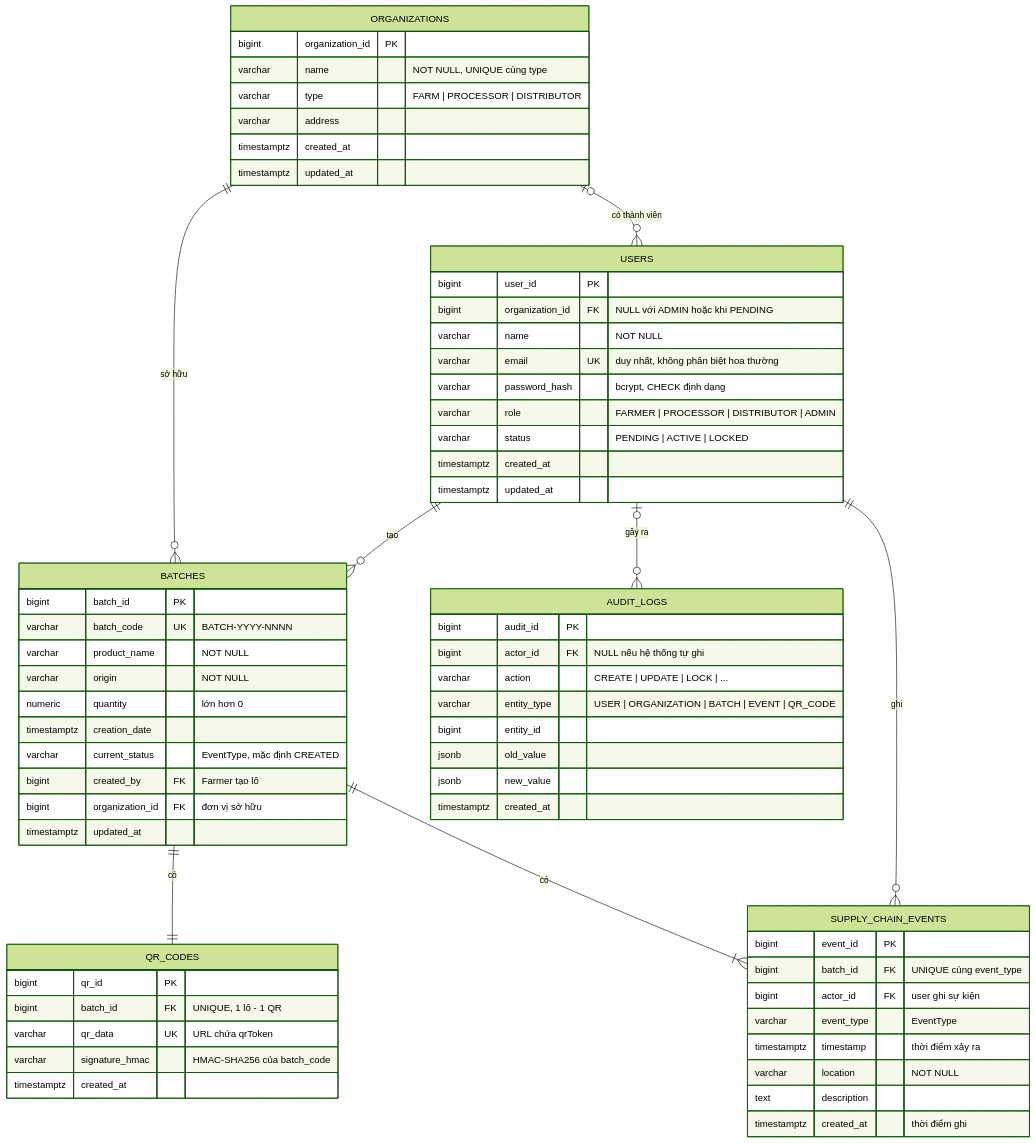
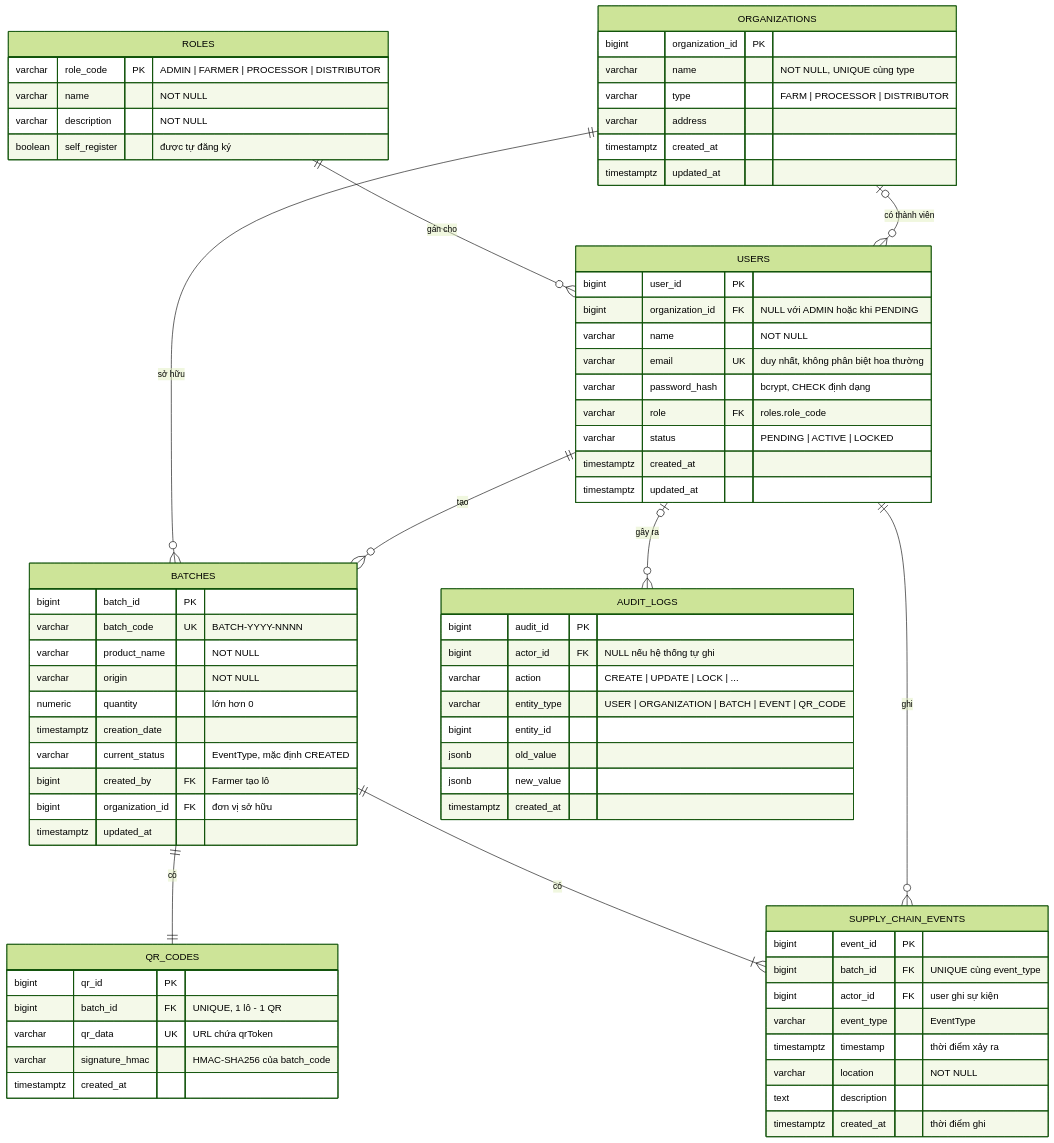
The diagram in docs/ERD/Readme.md (hbao06/food-supply-chain-traceability-portal), drawn with Mermaid (forest theme) before and after one commit. The commit also changed other lines of this file and 30 other files, not shown here.

Commit message:
feat(db,auth): them migration, bang roles, seed admin va middleware RBAC (W4-TV3)

````diff
--- a/docs/ERD/Readme.md
+++ b/docs/ERD/Readme.md
@@ -13,74 +14,82 @@
 ```mermaid
 erDiagram
+    ROLES ||--o{ USERS : "gán cho"
     ORGANIZATIONS |o--o{ USERS : "có thành viên"
     ORGANIZATIONS ||--o{ BATCHES : "sở hữu"
     USERS ||--o{ BATCHES : "tạo"
     BATCHES ||--|| QR_CODES : "có"
     BATCHES ||--|{ SUPPLY_CHAIN_EVENTS : "có"
     USERS ||--o{ SUPPLY_CHAIN_EVENTS : "ghi"
     USERS |o--o{ AUDIT_LOGS : "gây ra"
+
+    ROLES {
+        varchar role_code PK "ADMIN | FARMER | PROCESSOR | DISTRIBUTOR"
+        varchar name "NOT NULL"
+        varchar description "NOT NULL"
+        boolean self_register "được tự đăng ký"
+    }
 
     ORGANIZATIONS {
         bigint organization_id PK
         varchar name "NOT NULL, UNIQUE cùng type"
         varchar type "FARM | PROCESSOR | DISTRIBUTOR"
         varchar address
         timestamptz created_at
         timestamptz updated_at
     }
 
     USERS {
         bigint user_id PK
         bigint organization_id FK "NULL với ADMIN hoặc khi PENDING"
         varchar name "NOT NULL"
         varchar email UK "duy nhất, không phân biệt hoa thường"
         varchar password_hash "bcrypt, CHECK định dạng"
-        varchar role "FARMER | PROCESSOR | DISTRIBUTOR | ADMIN"
+        varchar role FK "roles.role_code"
         varchar status "PENDING | ACTIVE | LOCKED"
         timestamptz created_at
         timestamptz updated_at
     }
 
     BATCHES {
         bigint batch_id PK
         varchar batch_code UK "BATCH-YYYY-NNNN"
         varchar product_name "NOT NULL"
         varchar origin "NOT NULL"
         numeric quantity "lớn hơn 0"
         timestamptz creation_date
         varchar current_status "EventType, mặc định CREATED"
         bigint created_by FK "Farmer tạo lô"
         bigint organization_id FK "đơn vị sở hữu"
         timestamptz updated_at
     }
 
     QR_CODES {
         bigint qr_id PK
         bigint batch_id FK "UNIQUE, 1 lô - 1 QR"
         varchar qr_data UK "URL chứa qrToken"
         varchar signature_hmac "HMAC-SHA256 của batch_code"
         timestamptz created_at
     }
 
     SUPPLY_CHAIN_EVENTS {
         bigint event_id PK
         bigint batch_id FK "UNIQUE cùng event_type"
         bigint actor_id FK "user ghi sự kiện"
         varchar event_type "EventType"
         timestamptz timestamp "thời điểm xảy ra"
         varchar location "NOT NULL"
         text description
         timestamptz created_at "thời điểm ghi"
     }
 
     AUDIT_LOGS {
         bigint audit_id PK
         bigint actor_id FK "NULL nếu hệ thống tự ghi"
         varchar action "CREATE | UPDATE | LOCK | ..."
         varchar entity_type "USER | ORGANIZATION | BATCH | EVENT | QR_CODE"
         bigint entity_id
         jsonb old_value
         jsonb new_value
         timestamptz created_at
     }
 ```
````
